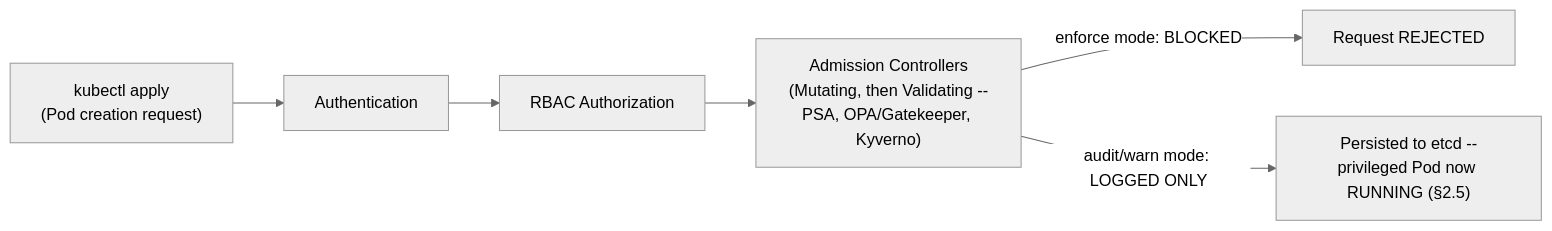
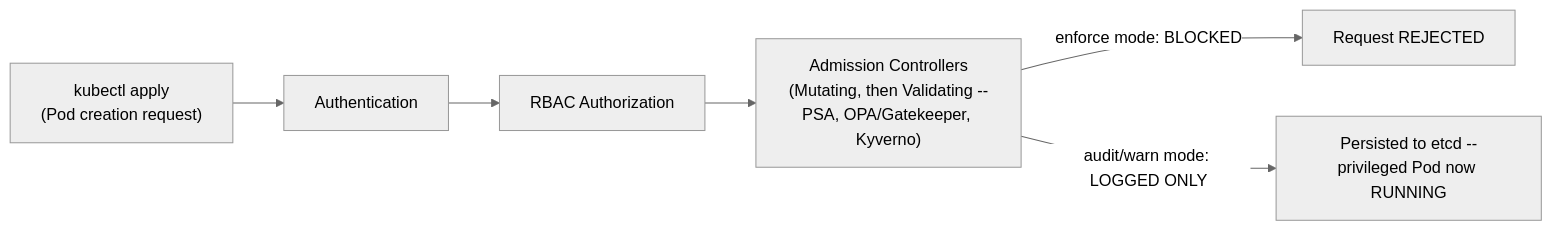
The second of 2 diagrams in 23-Kubernetes/04-Configuration-Security-ConfigMaps-Secrets-RBAC-PodSecurity.md (umashankarp/InterviewQuestions), drawn with Mermaid (neutral theme) before and after one commit. The commit also changed other lines of this file and 173 other files, not shown here.

````diff
--- a/23-Kubernetes/04-Configuration-Security-ConfigMaps-Secrets-RBAC-PodSecurity.md
+++ b/23-Kubernetes/04-Configuration-Security-ConfigMaps-Secrets-RBAC-PodSecurity.md
@@ -71,8 +71,8 @@
 ```mermaid
 graph LR
-    Req["kubectl apply<br/>(Pod creation request)"] --> Auth["Authentication"]
-    Auth --> RBACCheck["RBAC Authorization"]
-    RBACCheck --> Admission["Admission Controllers<br/>(Mutating, then Validating --<br/>PSA, OPA/Gatekeeper, Kyverno)"]
-    Admission -->|"enforce mode: BLOCKED"| Rejected["Request REJECTED"]
-    Admission -->|"audit/warn mode: LOGGED ONLY"| Etcd["Persisted to etcd --<br/>privileged Pod now RUNNING (§2.5)"]
+ Req["kubectl apply<br/>(Pod creation request)"] --> Auth["Authentication"]
+ Auth --> RBACCheck["RBAC Authorization"]
+ RBACCheck --> Admission["Admission Controllers<br/>(Mutating, then Validating --<br/>PSA, OPA/Gatekeeper, Kyverno)"]
+ Admission -->|"enforce mode: BLOCKED"| Rejected["Request REJECTED"]
+ Admission -->|"audit/warn mode: LOGGED ONLY"| Etcd["Persisted to etcd --<br/>privileged Pod now RUNNING"]
 ```
````
